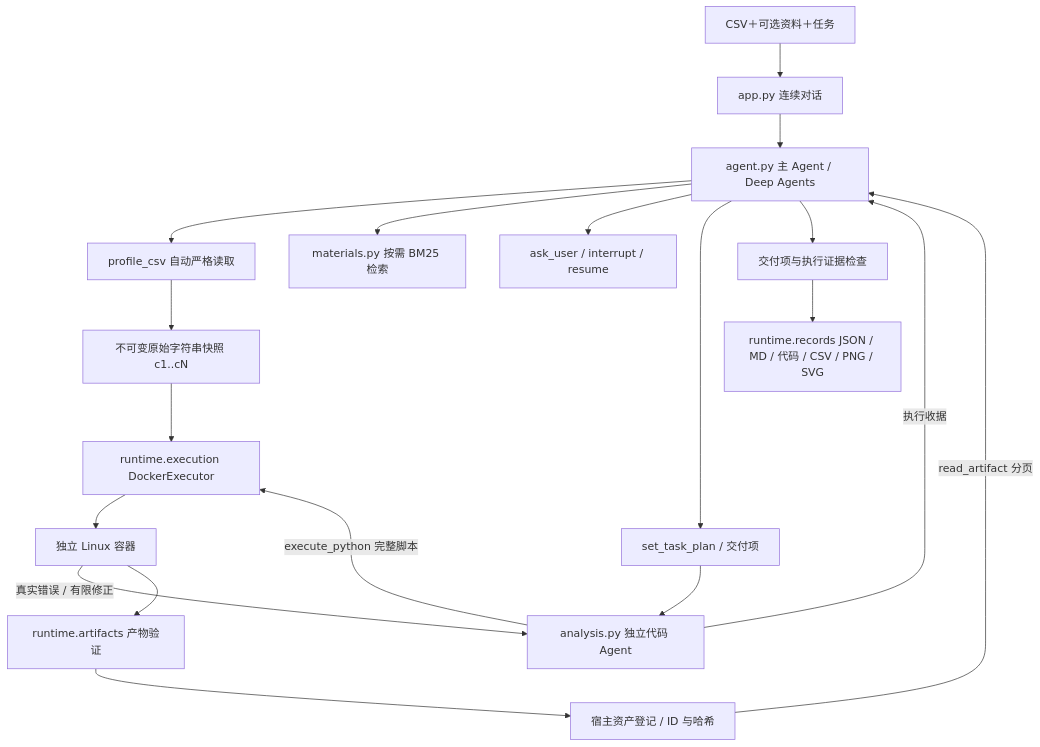
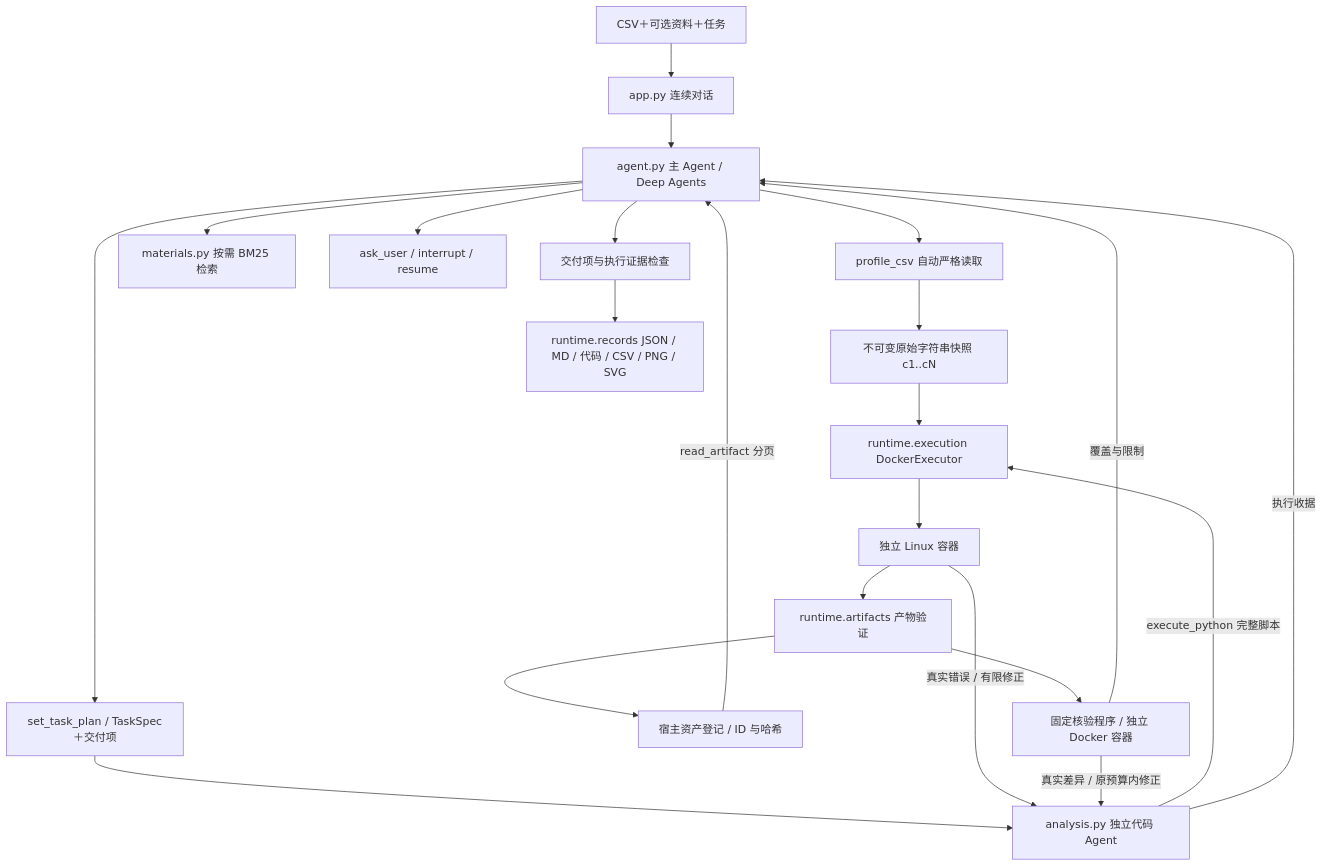
Before and after one commit to pypypaoying/Agent-project: the diagram in docs/architecture.md, drawn with Mermaid. The commit also changed other lines of this file and 71 other files, not shown here.

````diff
--- a/docs/architecture.md
+++ b/docs/architecture.md
@@ -5,21 +5,24 @@
 ```mermaid
 flowchart TD
     U[CSV＋可选资料＋任务] --> APP[app.py 连续对话]
     APP --> A[agent.py 主 Agent / Deep Agents]
     A --> P[profile_csv 自动严格读取]
     P --> S[不可变原始字符串快照 c1..cN]
     A --> R[materials.py 按需 BM25 检索]
     A --> Q[ask_user / interrupt / resume]
-    A --> PLAN[set_task_plan / 交付项]
+    A --> PLAN[set_task_plan / TaskSpec＋交付项]
     PLAN --> B[analysis.py 独立代码 Agent]
     S --> X[runtime.execution DockerExecutor]
     B -->|execute_python 完整脚本| X
     X --> C[独立 Linux 容器]
     C -->|真实错误 / 有限修正| B
     C --> V[runtime.artifacts 产物验证]
     V --> HOST[宿主资产登记 / ID 与哈希]
+    V --> VERIFY[固定核验程序 / 独立 Docker 容器]
+    VERIFY -->|真实差异 / 原预算内修正| B
+    VERIFY -->|覆盖与限制| A
     HOST -->|read_artifact 分页| A
     B -->|执行收据| A
     A --> CHECK[交付项与执行证据检查]
     CHECK --> SAVE[runtime.records JSON / MD / 代码 / CSV / PNG / SVG]
 ```
````
